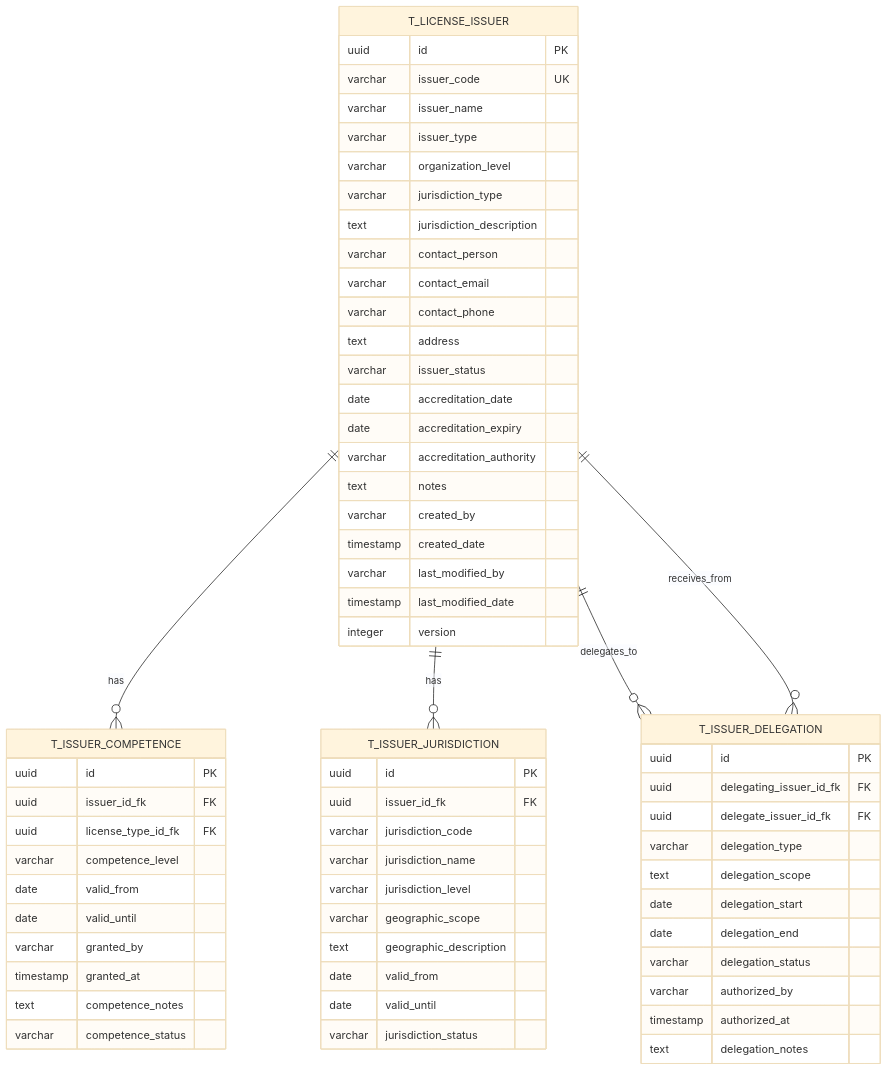
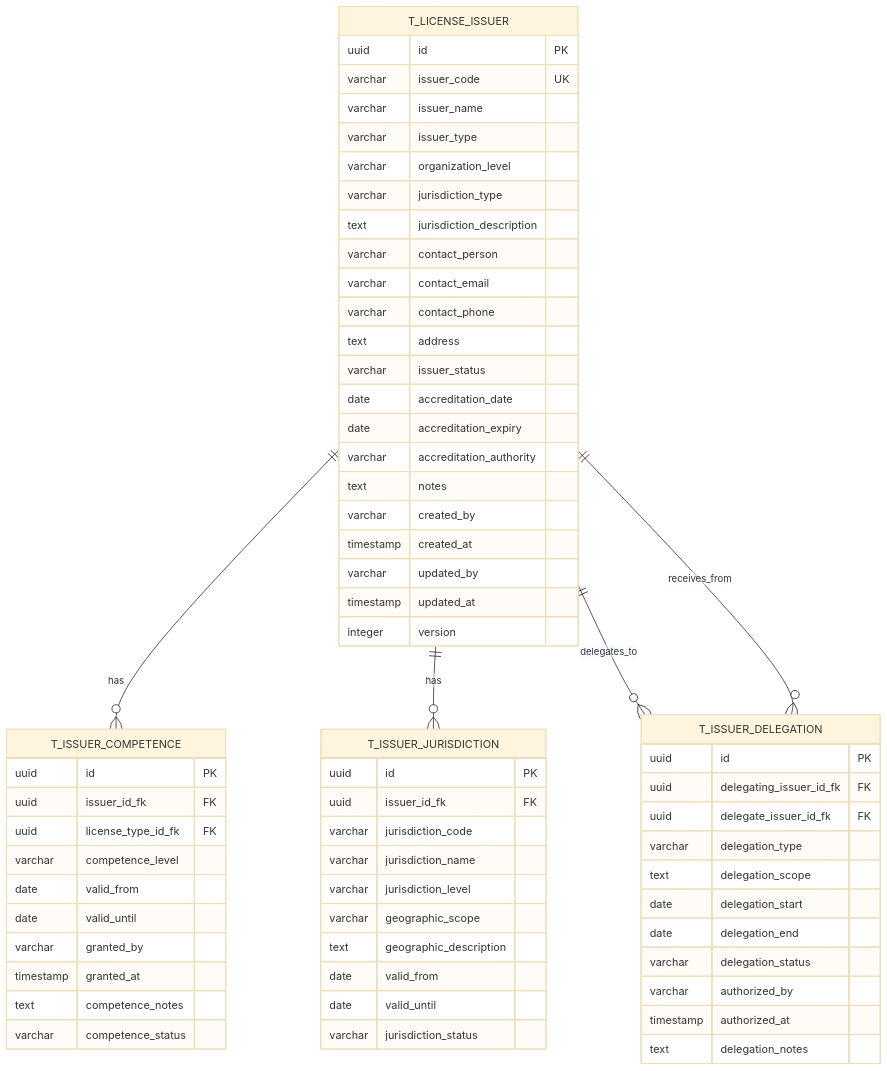
One commit to TA-Digital-CV/licenciamento-backend changed the diagram in .trae/documents/PR02.04-BE-LIC-Gestao-Emissores-Licencas.md. Above: the diagram before and after it, drawn with Mermaid (base theme). The commit also changed other lines of this file and 16 other files, not shown here.

First line of the commit message:
Revert "refactor(database): standardize timestamp column names to created_date and last_modified_date"

````diff
--- a/.trae/documents/PR02.04-BE-LIC-Gestao-Emissores-Licencas.md
+++ b/.trae/documents/PR02.04-BE-LIC-Gestao-Emissores-Licencas.md
@@ -23,71 +23,71 @@
 ```mermaid
 erDiagram
     T_LICENSE_ISSUER {
         uuid id PK
         varchar issuer_code UK
         varchar issuer_name
         varchar issuer_type
         varchar organization_level
         varchar jurisdiction_type
         text jurisdiction_description
         varchar contact_person
         varchar contact_email
         varchar contact_phone
         text address
         varchar issuer_status
         date accreditation_date
         date accreditation_expiry
         varchar accreditation_authority
         text notes
         varchar created_by
-        timestamp created_date
-        varchar last_modified_by
-        timestamp last_modified_date
+        timestamp created_at
+        varchar updated_by
+        timestamp updated_at
         integer version
     }
     
     T_ISSUER_COMPETENCE {
         uuid id PK
         uuid issuer_id_fk FK
         uuid license_type_id_fk FK
         varchar competence_level
         date valid_from
         date valid_until
         varchar granted_by
         timestamp granted_at
         text competence_notes
         varchar competence_status
     }
     
     T_ISSUER_JURISDICTION {
         uuid id PK
         uuid issuer_id_fk FK
         varchar jurisdiction_code
         varchar jurisdiction_name
         varchar jurisdiction_level
         varchar geographic_scope
         text geographic_description
         date valid_from
         date valid_until
         varchar jurisdiction_status
     }
     
     T_ISSUER_DELEGATION {
         uuid id PK
         uuid delegating_issuer_id_fk FK
         uuid delegate_issuer_id_fk FK
         varchar delegation_type
         text delegation_scope
         date delegation_start
         date delegation_end
         varchar delegation_status
         varchar authorized_by
         timestamp authorized_at
         text delegation_notes
     }
     
     T_LICENSE_ISSUER ||--o{ T_ISSUER_COMPETENCE : has
     T_LICENSE_ISSUER ||--o{ T_ISSUER_JURISDICTION : has
     T_LICENSE_ISSUER ||--o{ T_ISSUER_DELEGATION : delegates_to
     T_LICENSE_ISSUER ||--o{ T_ISSUER_DELEGATION : receives_from
 ```
````
